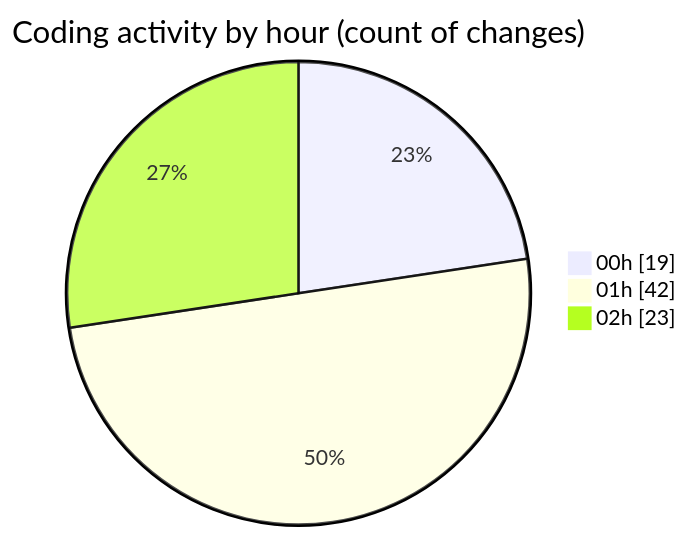
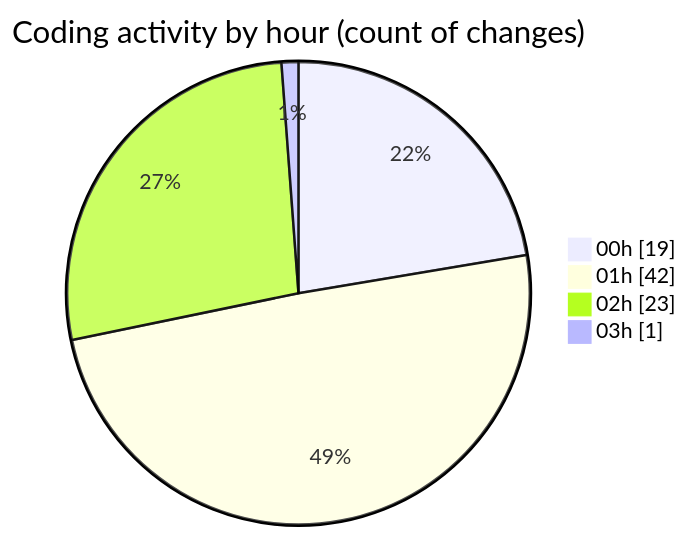
Before and after one commit to momahboobian/code-tracking: the second of 2 diagrams in 2025-02-23/pdf-analysis-app/README.md, drawn with Mermaid. The commit also changed other lines of this file and 1 other file, not shown here.

````diff
--- a/2025-02-23/pdf-analysis-app/README.md
+++ b/2025-02-23/pdf-analysis-app/README.md
@@ -44,7 +44,8 @@
 ```mermaid
 pie showData
 title Coding activity by hour (count of changes)
 "00h" : 19
 "01h" : 42
 "02h" : 23
+"03h" : 1
 ```
````
